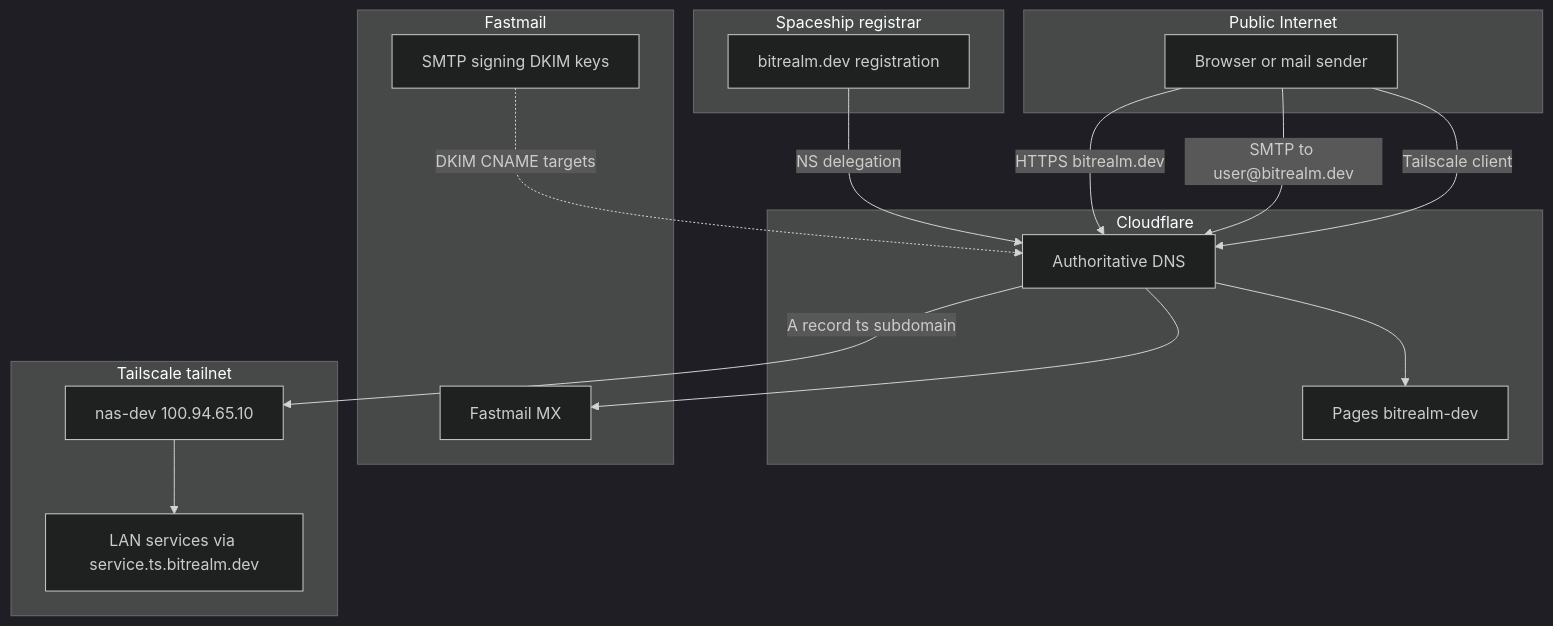
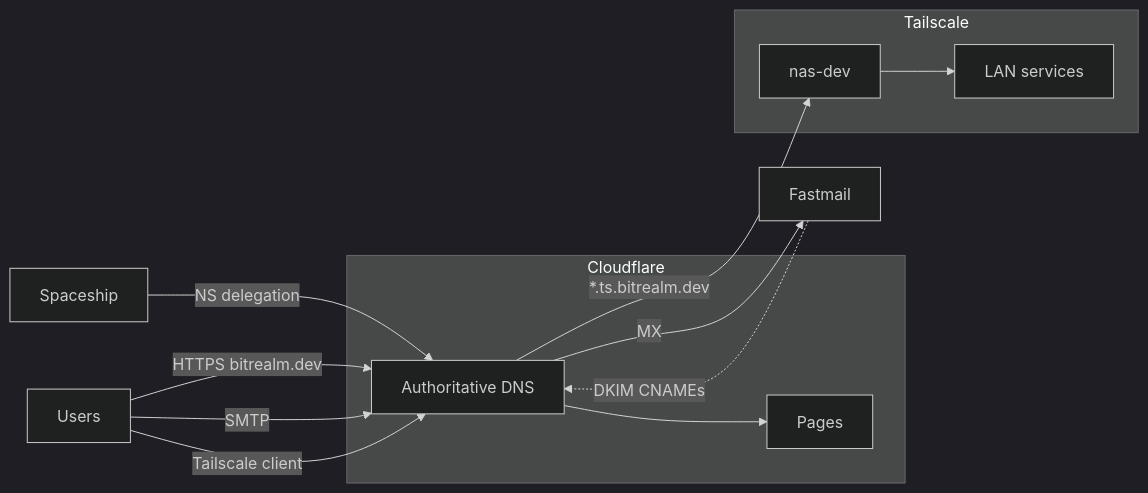
One commit to mbeisser1/homelab changed the diagram in docs/bitrealm_dev.md. Above: the diagram before and after it, drawn with Mermaid (dark theme). The commit also changed other lines of this file, not shown here.

````diff
--- a/docs/bitrealm_dev.md
+++ b/docs/bitrealm_dev.md
@@ -147,35 +141,27 @@
 ```mermaid
-flowchart TB
-    subgraph public [Public Internet]
-        User[Browser or mail sender]
-    end
+flowchart LR
+    Spaceship[Spaceship] -->|NS delegation| DNS
 
-    subgraph spaceship [Spaceship registrar]
-        Reg[bitrealm.dev registration]
-    end
+    User[Users]
 
     subgraph cloudflare [Cloudflare]
         DNS[Authoritative DNS]
-        Pages[Pages bitrealm-dev]
+        Pages[Pages]
     end
 
-    subgraph fastmail [Fastmail]
-        Inbound[Fastmail MX]
-        Outbound[SMTP signing DKIM keys]
+    Fastmail[Fastmail]
+
+    subgraph tailscale [Tailscale]
+        NasDev[nas-dev]
+        Services[LAN services]
     end
 
-    subgraph tailscale [Tailscale tailnet]
-        NasDev[nas-dev 100.94.65.10]
-        Services[LAN services via service.ts.bitrealm.dev]
-    end
-
-    Reg -->|NS delegation| DNS
     User -->|HTTPS bitrealm.dev| DNS
+    User -->|SMTP| DNS
+    User -->|Tailscale client| DNS
     DNS --> Pages
-    User -->|SMTP to user@bitrealm.dev| DNS
-    DNS --> Inbound
-    Outbound -.->|DKIM CNAME targets| DNS
-    User -->|Tailscale client| DNS
-    DNS -->|A record ts subdomain| NasDev
+    DNS -->|MX| Fastmail
+    DNS -->|*.ts.bitrealm.dev| NasDev
     NasDev --> Services
+    Fastmail -.->|DKIM CNAMEs| DNS
 ```
````
